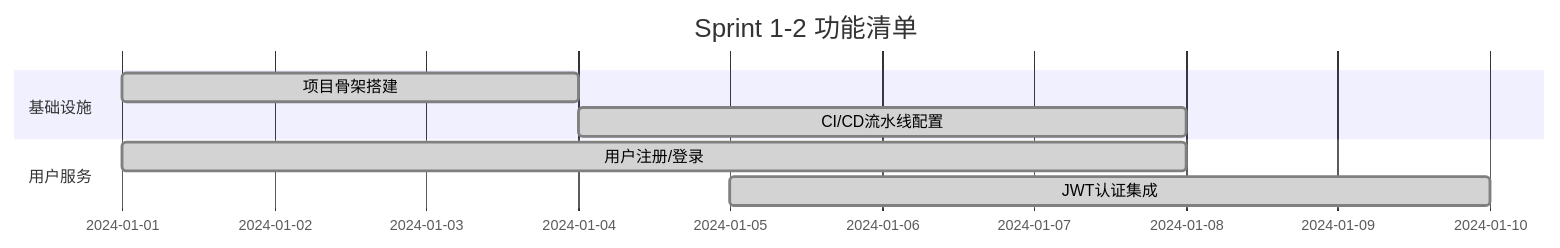
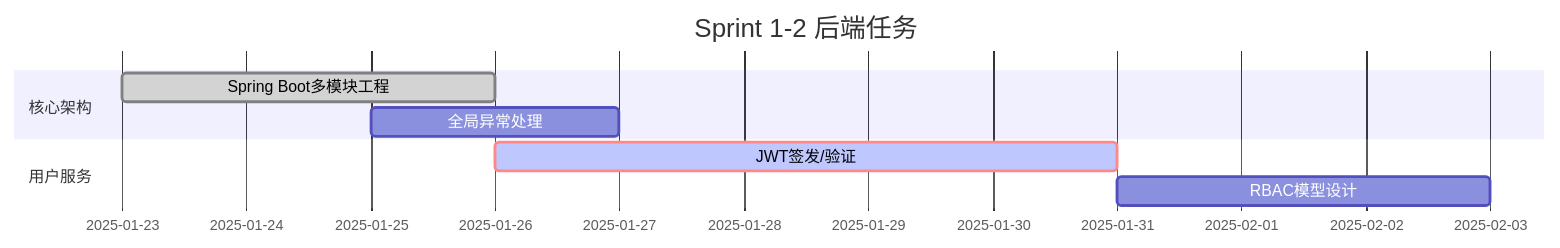
The first of 11 diagrams in MyProject/intelligent-bi-platform-microServices/My-plan.md (Hanekawa-00/Obsidian_Note), drawn with Mermaid before and after one commit. The commit also changed other lines of this file, not shown here.

````diff
--- a/MyProject/intelligent-bi-platform-microServices/My-plan.md
+++ b/MyProject/intelligent-bi-platform-microServices/My-plan.md
@@ -14,11 +7,11 @@
 ```mermaid
 gantt
-    title Sprint 1-2 功能清单
+    title Sprint 1-2 后端任务
     dateFormat  YYYY-MM-DD
-    section 基础设施
-    项目骨架搭建        :done, 2024-01-01, 3d
-    CI/CD流水线配置     :done, 2024-01-04, 4d
+    section 核心架构
+    Spring Boot多模块工程 :done, 2025-01-23, 3d
+    全局异常处理 :a1, 2025-01-25, 2d
     section 用户服务
-    用户注册/登录       :done, 2024-01-01, 7d
-    JWT认证集成        :done, 2024-01-05, 5d
+    JWT签发/验证 :crit, active, a2, 2025-01-26, 5d
+    RBAC模型设计 :a3, after a2, 3d
 ```
````
